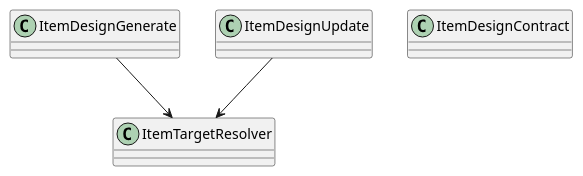
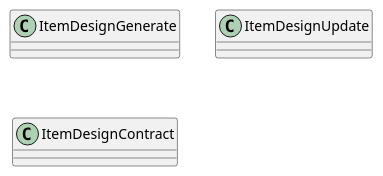
Before and after one commit to lucky-chen/ai_workflow_travel: the first of 4 diagrams in project_layer/docs/breakdown_docs/item_design.md, drawn with PlantUML. The commit also changed other lines of this file and 16 other files, not shown here.

````diff
--- a/project_layer/docs/breakdown_docs/item_design.md
+++ b/project_layer/docs/breakdown_docs/item_design.md
@@ -47,11 +49,7 @@
 ```plantuml
 @startuml
 class ItemDesignGenerate
 class ItemDesignUpdate
 class ItemDesignContract
-class ItemTargetResolver
-
-ItemDesignGenerate --> ItemTargetResolver
-ItemDesignUpdate --> ItemTargetResolver
 @enduml
 ```
````
